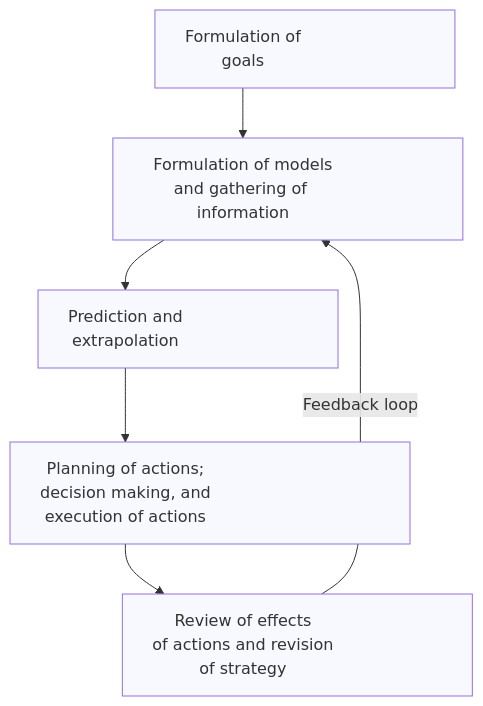
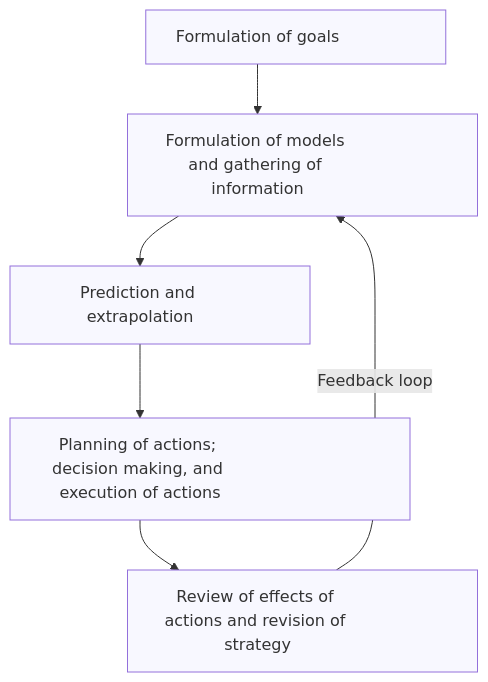
Before and after one commit to lukereding/book_notes: the diagram in notes_logic_failure.md, drawn with Mermaid.

Commit message:
Try custom widths

````diff
--- a/notes_logic_failure.md
+++ b/notes_logic_failure.md
@@ -16,15 +16,15 @@
 ```mermaid
 flowchart TD
-  A["Formulation of<br>goals"] --> B["Formulation of models<br>and gathering of information"]
-  B --> C["Prediction and<br>extrapolation"]
-  C --> D["Planning of actions;<br>decision making, and<br>execution of actions"]
-  D --> E["Review of effects<br>of actions and revision<br>of strategy"]
+  A["Formulation of goals"] --> B["Formulation of models and gathering of information"]
+  B --> C["Prediction and extrapolation"]
+  C --> D["Planning of actions; decision making, and execution of actions"]
+  D --> E["Review of effects of actions and revision of strategy"]
   E -->|Feedback loop| B
 
   %% Set custom widths
   style A width:300px, fill:#f8f8ff, stroke:#9370DB;
   style B width:350px, fill:#f8f8ff, stroke:#9370DB;
   style C width:300px, fill:#f8f8ff, stroke:#9370DB;
   style D width:400px, fill:#f8f8ff, stroke:#9370DB;
   style E width:350px, fill:#f8f8ff, stroke:#9370DB;
 ```
````
